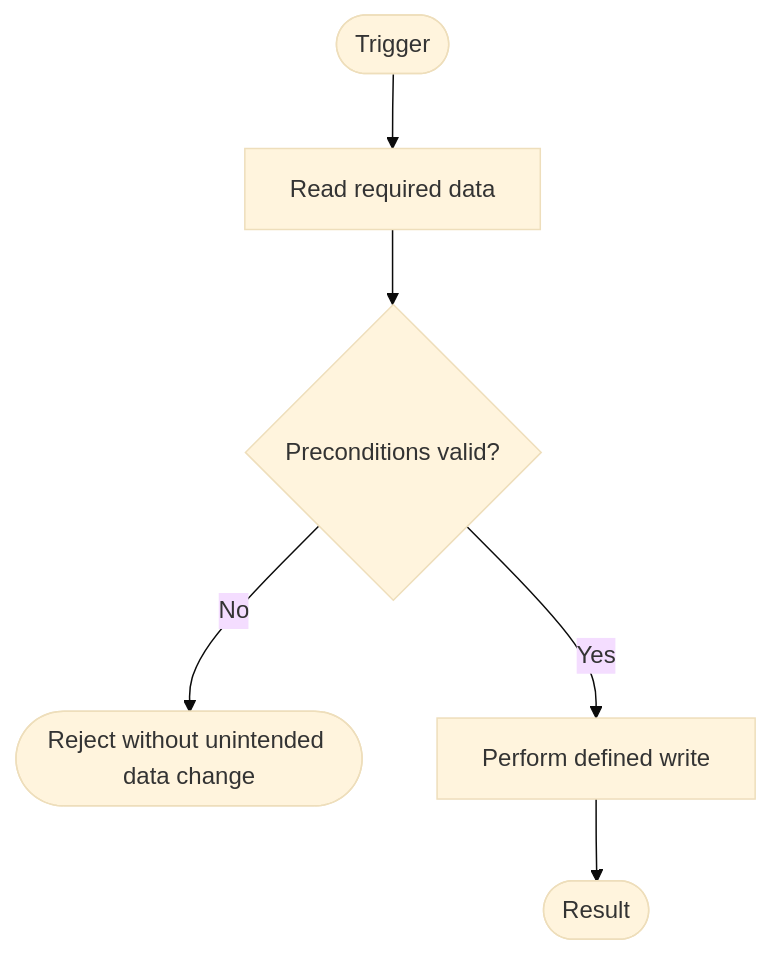
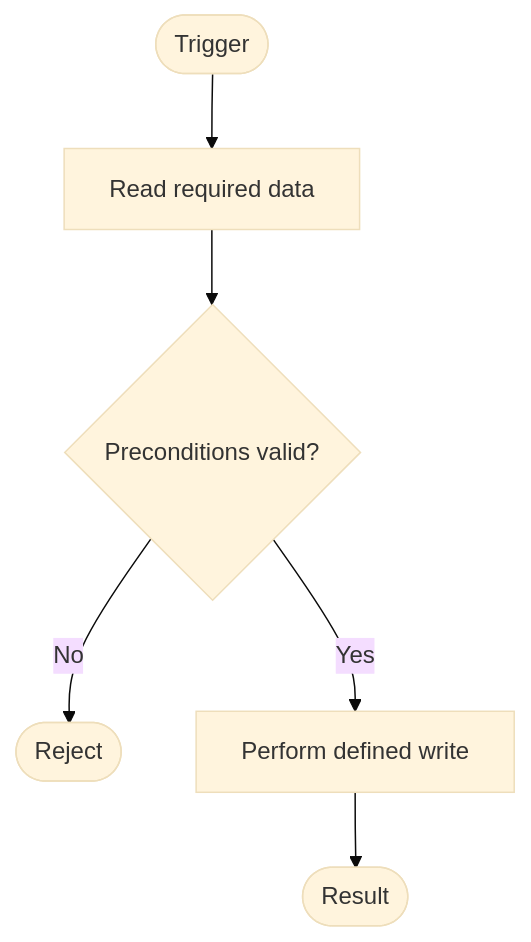
Before and after one commit to phatnguyen975/agenix: the first of 2 diagrams in skills/data-impact-analysis/assets/data-impact-template.md, drawn with Mermaid (base theme). The commit also changed other lines of this file and 8 other files, not shown here.

````diff
--- a/skills/data-impact-analysis/assets/data-impact-template.md
+++ b/skills/data-impact-analysis/assets/data-impact-template.md
@@ -133,8 +150,8 @@
 ```mermaid
 flowchart TD
     Start([Trigger]) --> Read[Read required data]
     Read --> Validate{Preconditions valid?}
-    Validate -- No --> Reject([Reject without unintended data change])
+    Validate -- No --> Reject([Reject])
     Validate -- Yes --> Write[Perform defined write]
     Write --> Done([Result])
 ```
````
